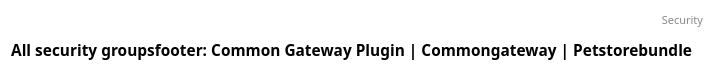
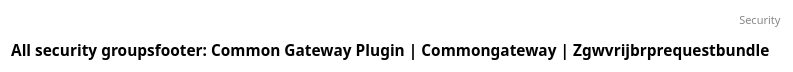
The diagram in docs/security/all_security_classes.puml (CommonGateway/ZgwVrijBRPRequestBundle), drawn with PlantUML before and after one commit. The commit also changed 6 other files, not shown here.

```diff
--- a/docs/security/all_security_classes.puml
+++ b/docs/security/all_security_classes.puml
@@ -1,5 +1,5 @@
 @startuml
-title: All security groupsfooter: Common Gateway Plugin | Commongateway | Petstorebundle 
+title: All security groupsfooter: Common Gateway Plugin | Commongateway | Zgwvrijbrprequestbundle 
 header: Security
 
 @enduml
```
